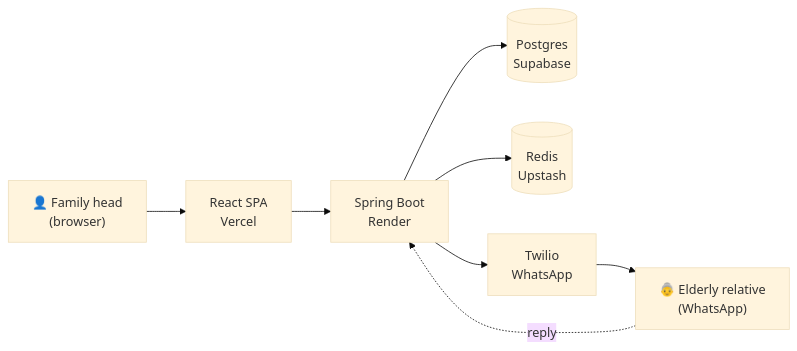
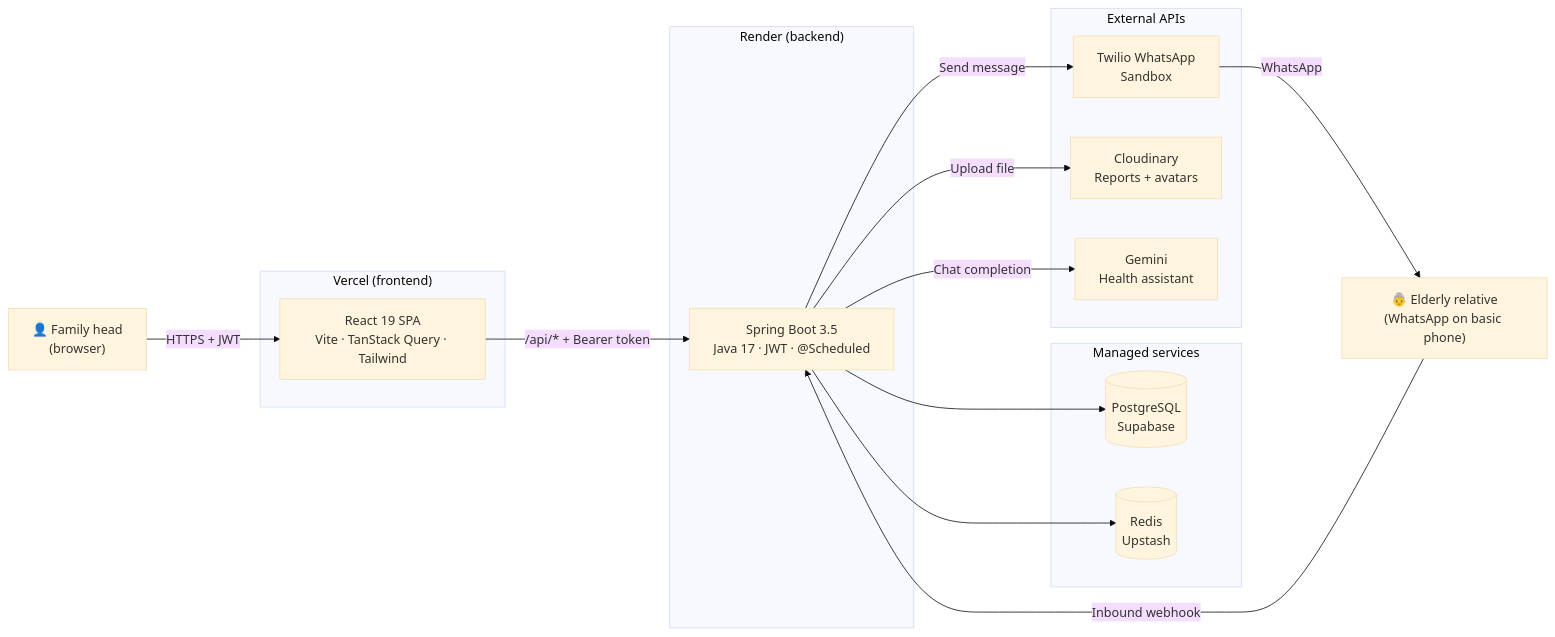
The diagram in README.md (patelkarma/familycare), drawn with Mermaid (base theme) before and after one commit. The commit also changed other lines of this file and 7 other files, not shown here.

````diff
--- a/README.md
+++ b/README.md
@@ -102,16 +182,34 @@
 ```mermaid
 flowchart LR
     user["👤 Family head<br/>(browser)"]
-    elder["👵 Elderly relative<br/>(WhatsApp)"]
-    spa[React SPA<br/>Vercel]
-    api[Spring Boot<br/>Render]
-    pg[(Postgres<br/>Supabase)]
-    redis[(Redis<br/>Upstash)]
-    twilio[Twilio<br/>WhatsApp]
+    elder["👵 Elderly relative<br/>(WhatsApp on basic phone)"]
 
-    user --> spa --> api
+    subgraph vercel["Vercel (frontend)"]
+        spa["React 19 SPA<br/>Vite · TanStack Query · Tailwind"]
+    end
+
+    subgraph render["Render (backend)"]
+        api["Spring Boot 3.5<br/>Java 17 · JWT · @Scheduled"]
+    end
+
+    subgraph data["Managed services"]
+        pg[("PostgreSQL<br/>Supabase")]
+        redis[("Redis<br/>Upstash")]
+    end
+
+    subgraph external["External APIs"]
+        twilio["Twilio WhatsApp<br/>Sandbox"]
+        cloud["Cloudinary<br/>Reports + avatars"]
+        gemini["Gemini<br/>Health assistant"]
+    end
+
+    user -->|HTTPS + JWT| spa
+    spa -->|/api/* + Bearer token| api
     api --> pg
     api --> redis
-    api --> twilio --> elder
-    elder -.reply.-> api
+    api -->|Send message| twilio
+    api -->|Upload file| cloud
+    api -->|Chat completion| gemini
+    twilio -->|WhatsApp| elder
+    elder -->|Inbound webhook| api
 ```
````
